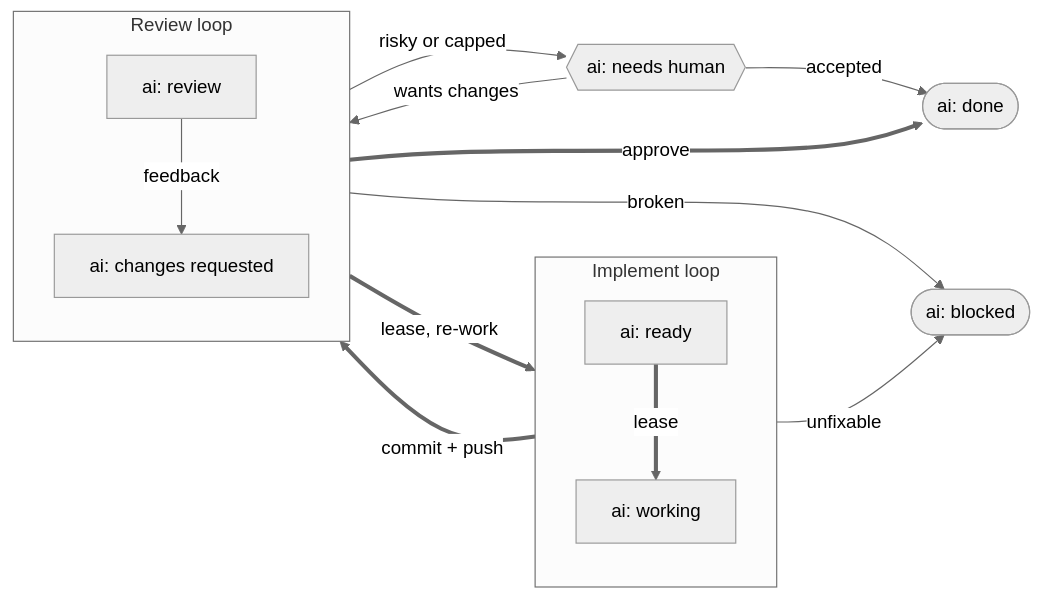
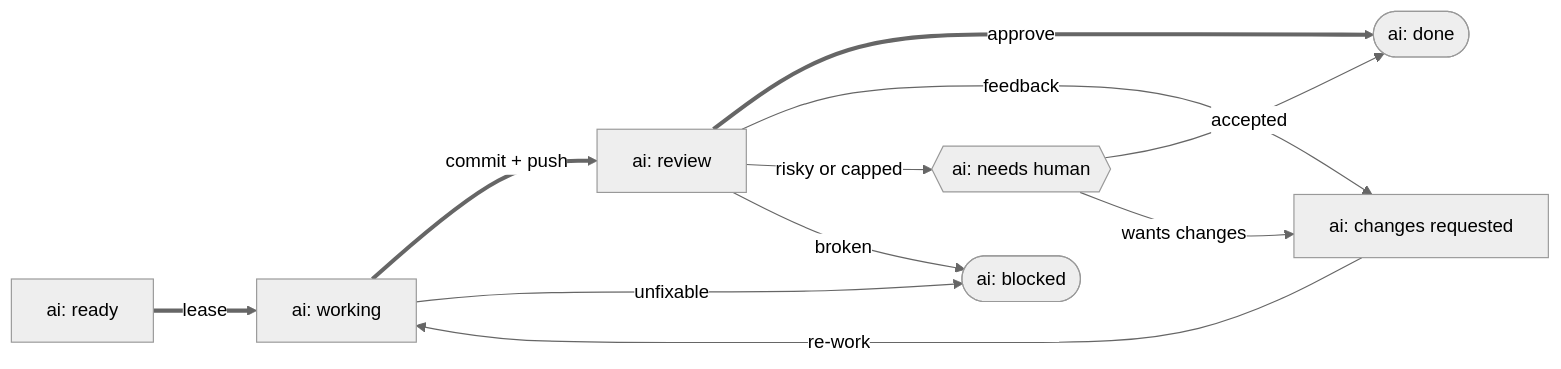
One commit to TitusKirch/skills changed the diagram in docs/3.concepts/2.ai-work-lifecycle.md. Above: the diagram before and after it, drawn with Mermaid (neutral theme). The commit also changed other lines of this file and 2 other files, not shown here.

Commit message:
docs: untangle the remaining diagram overlaps
Three structural causes, all removed. Subgraph boxes forced node placement and made edges
route around and through them — and the two lanes claimed a symmetry that is not there,
since the implement loop owns three states and the review loop owns one. Ownership moves
to the table underneath, which already had the column for it.

work-implement was a five-edge hub with the queue chain running through it while
atomic-commit and pull-request hung off the side; split into the cycle an issue travels and
the shared workers several skills call, two shapes that each read on their own.

Every diagram is now single-purpose with at most one backward edge.

````diff
--- a/docs/3.concepts/2.ai-work-lifecycle.md
+++ b/docs/3.concepts/2.ai-work-lifecycle.md
@@ -21,32 +21,16 @@
 ```mermaid
 flowchart LR
-  subgraph IMPL["Implement loop"]
-    direction TB
-    ready["ai: ready"]
-    working["ai: working"]
-  end
+  ready["ai: ready"] ==>|"lease"| working["ai: working"]
+  working ==>|"commit + push"| review["ai: review"]
+  review ==>|"approve"| done(["ai: done"])
 
-  subgraph REV["Review loop"]
-    direction TB
-    review["ai: review"]
-    changes["ai: changes requested"]
-  end
+  review -->|"feedback"| changes["ai: changes requested"]
+  changes -->|"re-work"| working
 
-  human{{"ai: needs human"}}
-  done(["ai: done"])
-  blocked(["ai: blocked"])
-
-  ready ==>|"lease"| working
-  working ==>|"commit + push"| review
-
-  review ==>|"approve"| done
-  review -->|"feedback"| changes
-  changes ==>|"lease, re-work"| working
-
-  review -->|"risky or capped"| human
+  review -->|"risky or capped"| human{{"ai: needs human"}}
   human -->|"accepted"| done
   human -->|"wants changes"| changes
 
-  working -->|"unfixable"| blocked
+  working -->|"unfixable"| blocked(["ai: blocked"])
   review -->|"broken"| blocked
 ```
````
